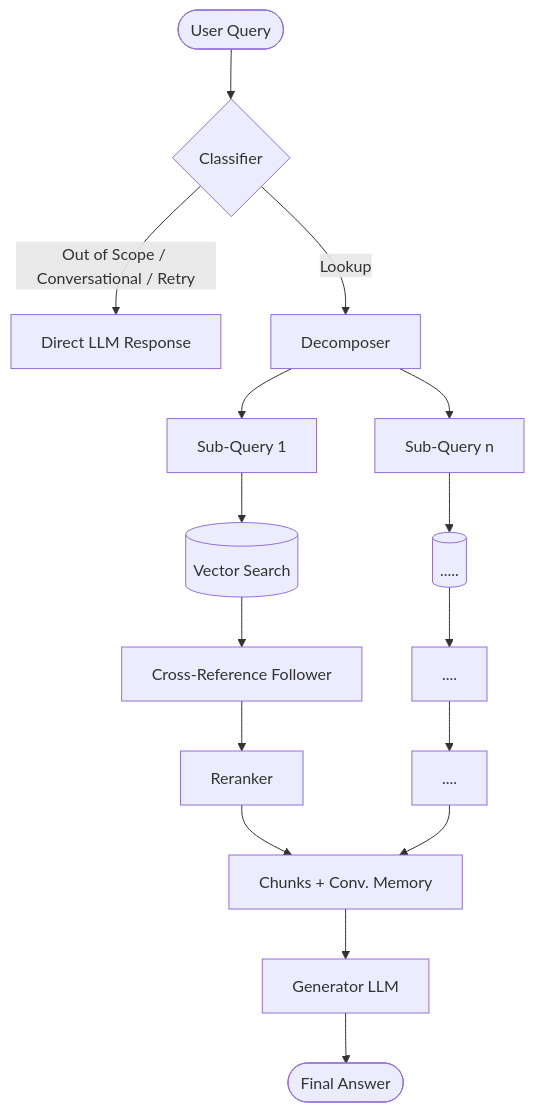
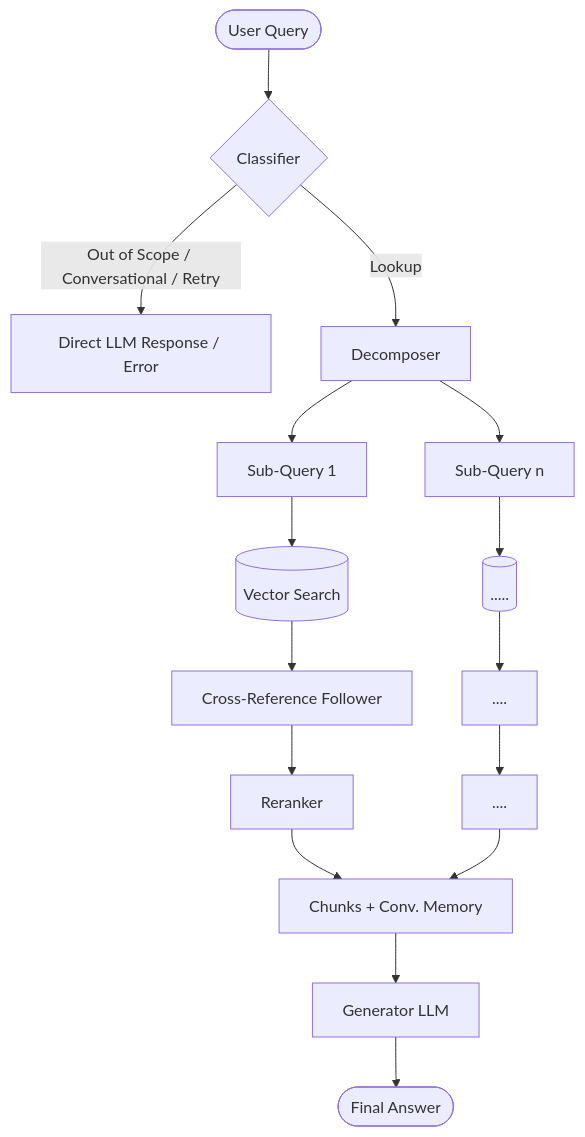
The diagram in README.md (ulvi12/Agentic-Rag-for-Basketball-Rules), drawn with Mermaid before and after one commit.

Commit message:
flowchart fix

````diff
--- a/README.md
+++ b/README.md
@@ -10,29 +10,29 @@
 ```mermaid
 flowchart TD
     User([User Query]) --> Classifier
     Classifier{Classifier}
     
-    Classifier -->|Out of Scope / Conversational / Retry| FastReturn[Direct LLM Response]
+    Classifier -->|Out of Scope / Conversational / Retry| FastReturn[Direct LLM Response / Error]
     Classifier -->| Lookup | Decomposer
     
     Decomposer --> SubQ1[Sub-Query 1]
     Decomposer --> SubQn[Sub-Query n]
     
     %% Pipeline for Sub-Query 1
     SubQ1 --> Retriever1[(Vector Search)]
     Retriever1 --> RefFollower1[Cross-Reference Follower]
     RefFollower1 --> Reranker1[Reranker]
     
     %% Pipeline for Sub-Query n
     SubQn --> Retrievern[(.....)]
     Retrievern --> RefFollowern[....]
     RefFollowern --> Rerankern[....]
     
     %% Convergence and Context Assembly
     Reranker1 --> ContextBuilder[Chunks + Conv. Memory]
     Rerankern --> ContextBuilder
     
     ContextBuilder --> Generator[Generator LLM]
     
     Generator --> Answer([Final Answer])
 ```
````
